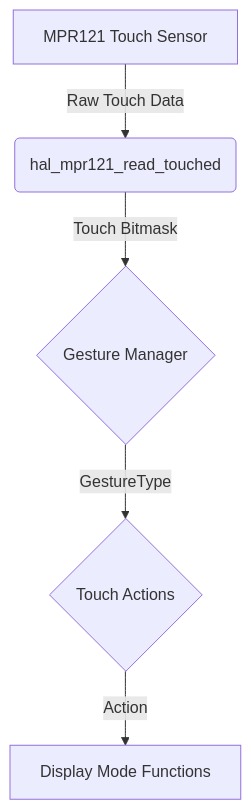
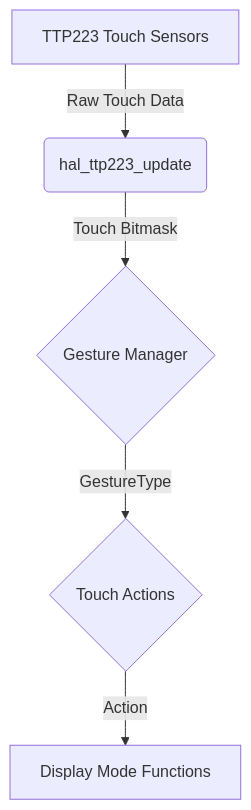
One commit to sddion/quil changed the diagram in docs/GESTURES.md. Above: the diagram before and after it, drawn with Mermaid. The commit also changed other lines of this file and 5 other files, not shown here.

Commit message:
feat: Replace MPR121 touch sensor with TTP223 sensors and update all related documentation and dependencies.

````diff
--- a/docs/GESTURES.md
+++ b/docs/GESTURES.md
@@ -16,7 +16,7 @@
 ```mermaid
 graph TD
-    A[MPR121 Touch Sensor] -->|Raw Touch Data| B(hal_mpr121_read_touched);
+    A[TTP223 Touch Sensors] -->|Raw Touch Data| B(hal_ttp223_update);
     B -->|Touch Bitmask| C{Gesture Manager};
     C -->|GestureType| D{Touch Actions};
     D -->|Action| E[Display Mode Functions];
 ```
````
